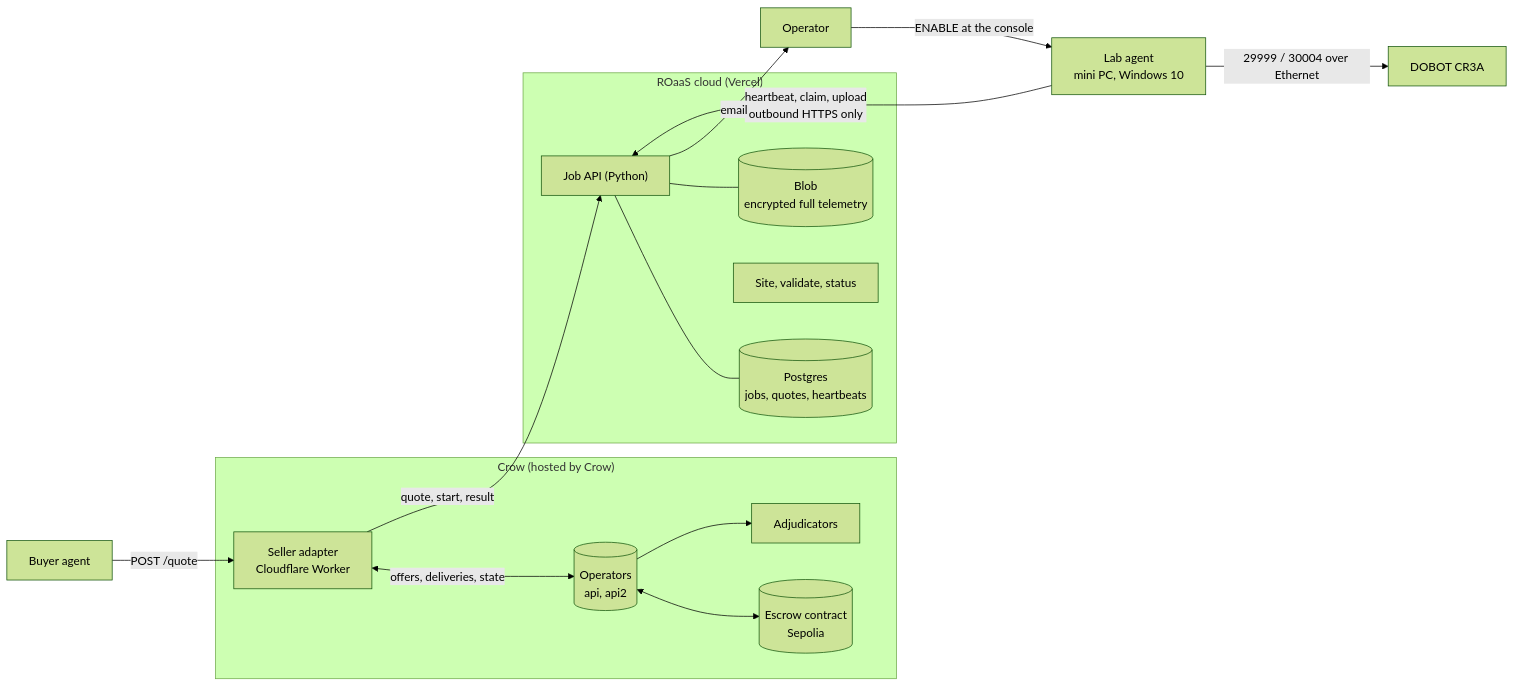
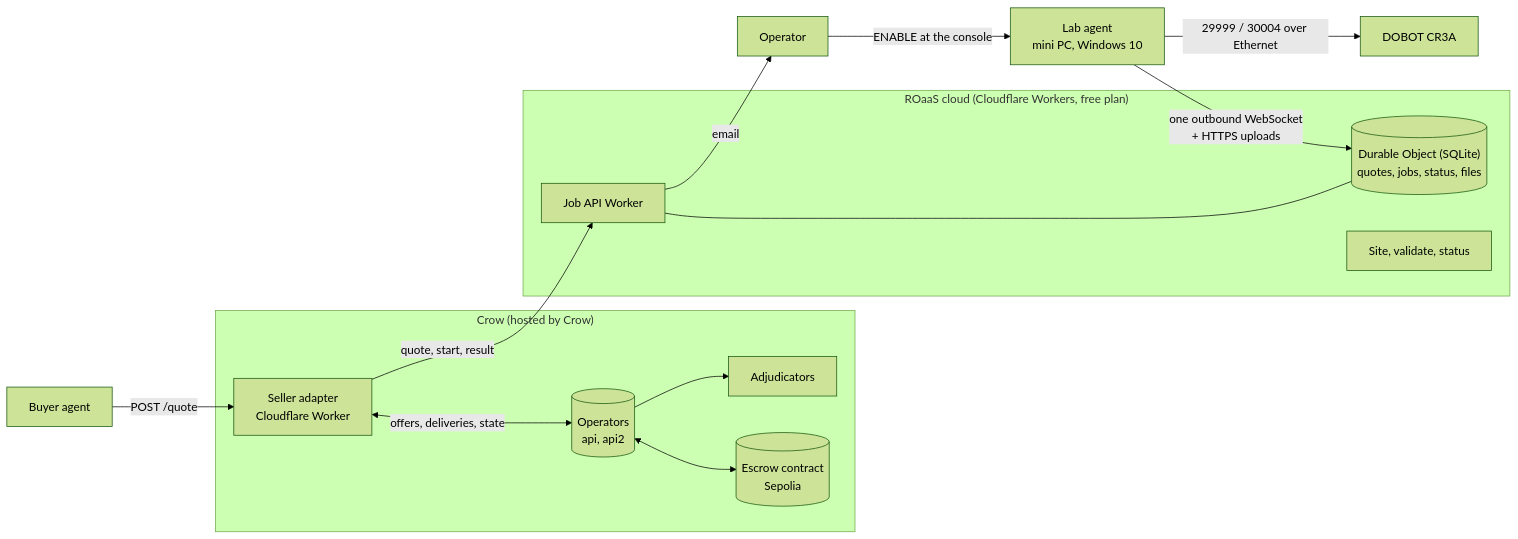
Before and after one commit to matteopiccadaci/roaas: the first of 3 diagrams in docs/ARCHITECTURE.md, drawn with Mermaid (forest theme). The commit also changed other lines of this file and 25 other files, not shown here.

````diff
--- a/docs/ARCHITECTURE.md
+++ b/docs/ARCHITECTURE.md
@@ -16,26 +16,24 @@
 ```mermaid
 flowchart LR
   B["Buyer agent"] -->|"POST /quote"| A
   subgraph crow ["Crow (hosted by Crow)"]
     A["Seller adapter<br/>Cloudflare Worker"]
     O[("Operators<br/>api, api2")]
     J["Adjudicators"]
     E[("Escrow contract<br/>Sepolia")]
   end
   A <-->|"offers, deliveries, state"| O
   O <--> E
   O --> J
   A -->|"quote, start, result"| V
-  subgraph vercel ["ROaaS cloud (Vercel)"]
-    V["Job API (Python)"]
-    DB[("Postgres<br/>jobs, quotes, heartbeats")]
-    BL[("Blob<br/>encrypted full telemetry")]
+  subgraph cf ["ROaaS cloud (Cloudflare Workers, free plan)"]
+    V["Job API Worker"]
+    DB[("Durable Object (SQLite)<br/>quotes, jobs, status, files")]
     W["Site, validate, status"]
   end
   V --- DB
-  V --- BL
-  L["Lab agent<br/>mini PC, Windows 10"] -->|"heartbeat, claim, upload<br/>outbound HTTPS only"| V
+  L["Lab agent<br/>mini PC, Windows 10"] -->|"one outbound WebSocket<br/>+ HTTPS uploads"| DB
   L -->|"29999 / 30004 over Ethernet"| R["DOBOT CR3A"]
   V -->|"email"| Op["Operator"]
   Op -->|"ENABLE at the console"| L
 ```
````
